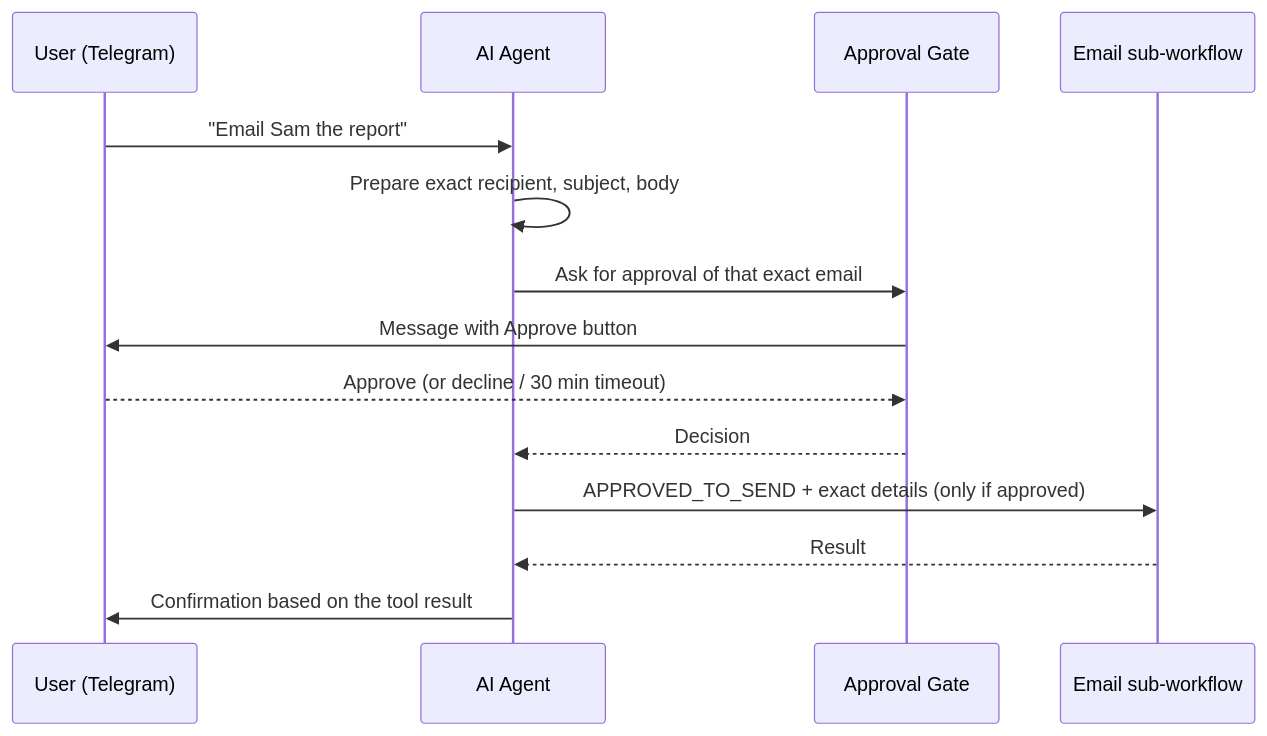
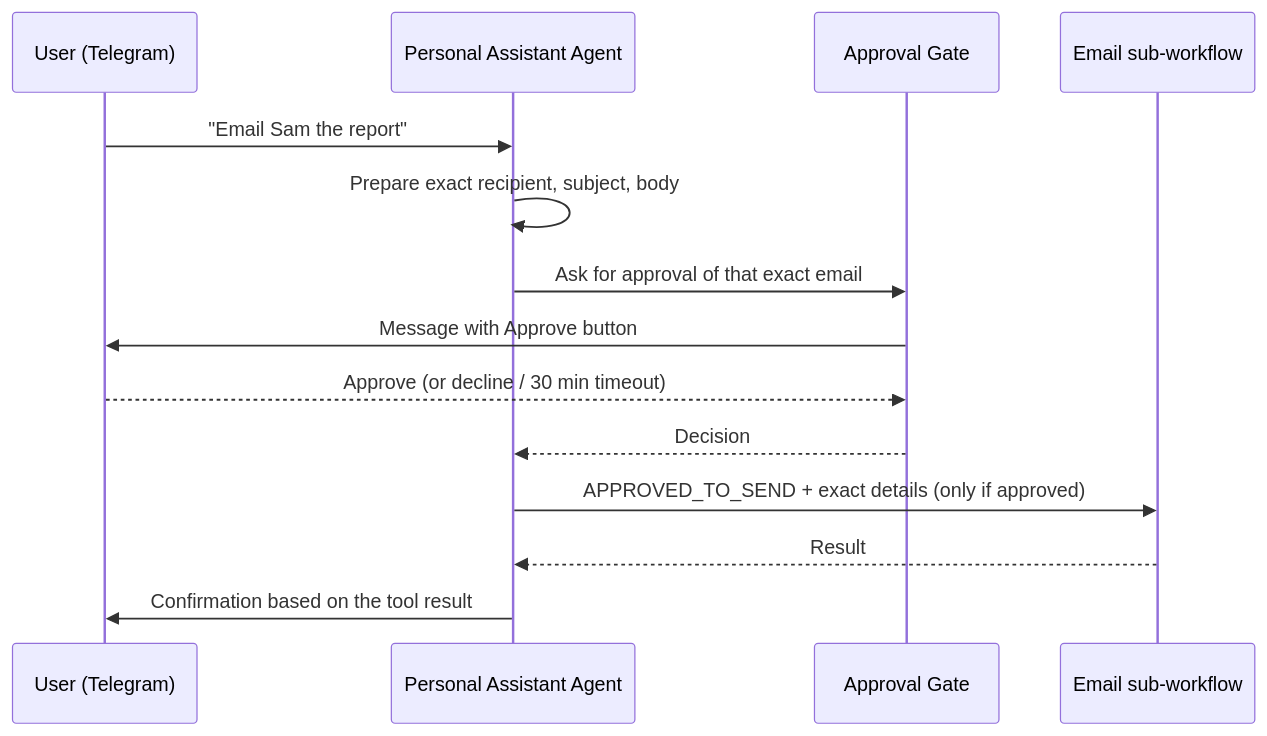
The third of 3 diagrams in docs/architecture.md (silvia0ma-coder/Telegram-AI-Personal-Assistant), drawn with Mermaid before and after one commit. The commit also changed other lines of this file and 2 other files, not shown here.

````diff
--- a/docs/architecture.md
+++ b/docs/architecture.md
@@ -79,17 +79,17 @@
 ```mermaid
 sequenceDiagram
     participant U as User (Telegram)
-    participant A as AI Agent
+    participant A as Personal Assistant Agent
     participant G as Approval Gate
     participant S as Email sub-workflow
 
     U->>A: "Email Sam the report"
     A->>A: Prepare exact recipient, subject, body
     A->>G: Ask for approval of that exact email
     G->>U: Message with Approve button
     U-->>G: Approve (or decline / 30 min timeout)
     G-->>A: Decision
     A->>S: APPROVED_TO_SEND + exact details (only if approved)
     S-->>A: Result
     A->>U: Confirmation based on the tool result
 ```
````
